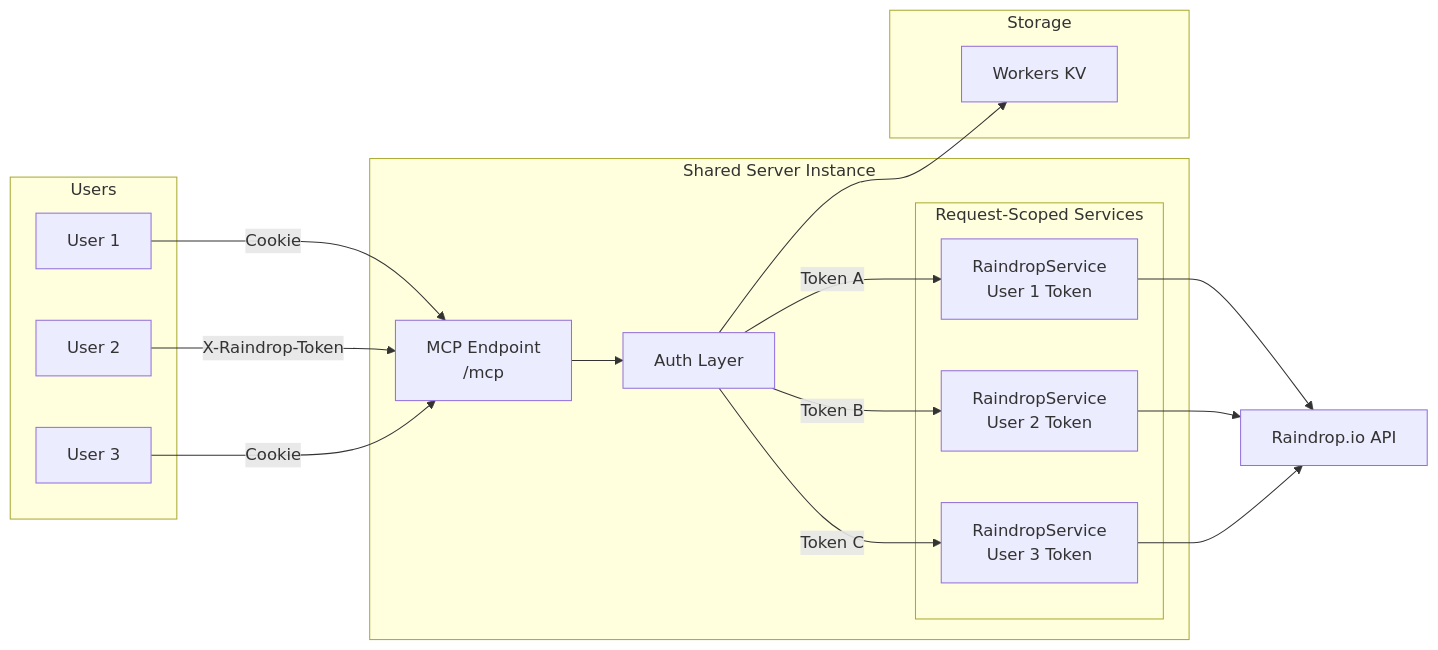
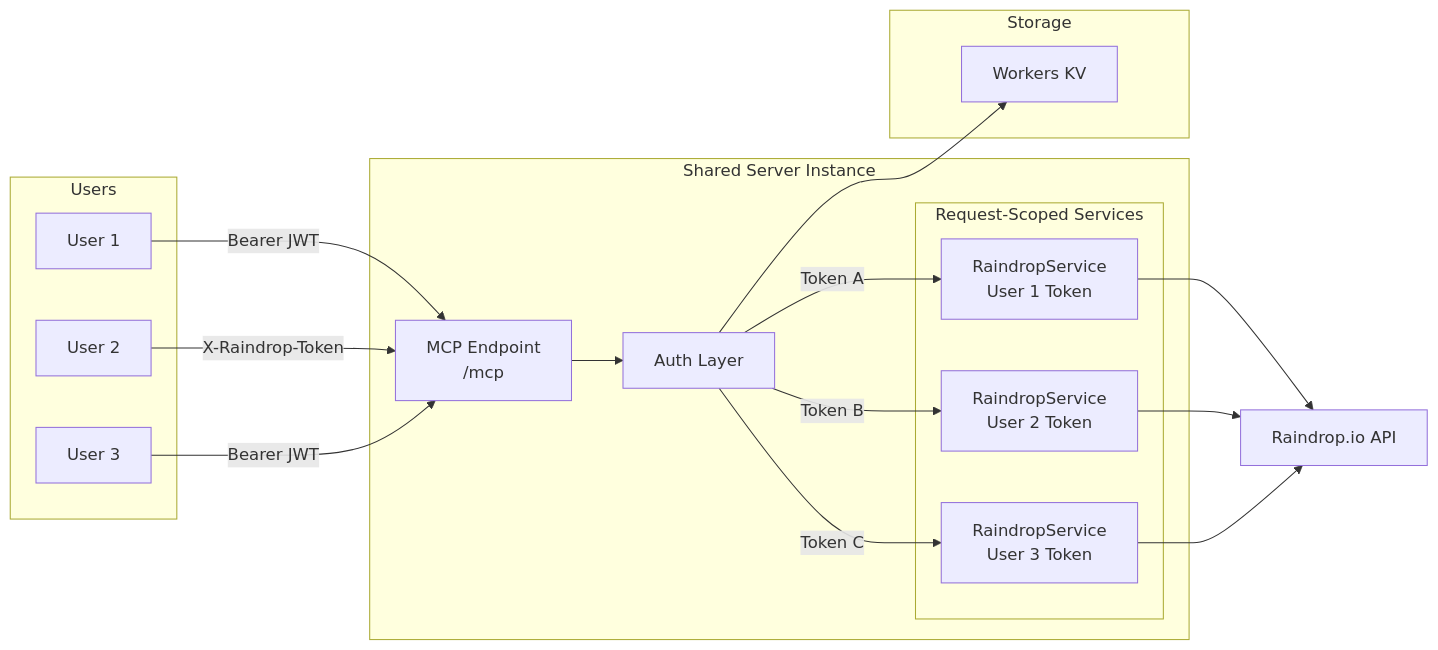
Before and after one commit to Aarekaz/raindrop-mcp: the third of 3 diagrams in README.md, drawn with Mermaid. The commit also changed other lines of this file and 4 other files, not shown here.

Commit message:
docs: document mcp client driven oauth flow

````diff
--- a/README.md
+++ b/README.md
@@ -217,38 +243,38 @@
 ```mermaid
 graph LR
     subgraph "Shared Server Instance"
         Endpoint["MCP Endpoint\n/mcp"]
         Auth[Auth Layer]
 
         subgraph "Request-Scoped Services"
             Service1["RaindropService\nUser 1 Token"]
             Service2["RaindropService\nUser 2 Token"]
             Service3["RaindropService\nUser 3 Token"]
         end
     end
 
     subgraph "Users"
         User1[User 1]
         User2[User 2]
         User3[User 3]
     end
 
     subgraph "Storage"
         KV["Workers KV"]
     end
 
-    User1 -->|Cookie| Endpoint
+    User1 -->|Bearer JWT| Endpoint
     User2 -->|X-Raindrop-Token| Endpoint
-    User3 -->|Cookie| Endpoint
+    User3 -->|Bearer JWT| Endpoint
 
     Endpoint --> Auth
     Auth --> KV
 
     Auth -->|Token A| Service1
     Auth -->|Token B| Service2
     Auth -->|Token C| Service3
 
     Service1 --> API[Raindrop.io API]
     Service2 --> API
     Service3 --> API
 ```
````
